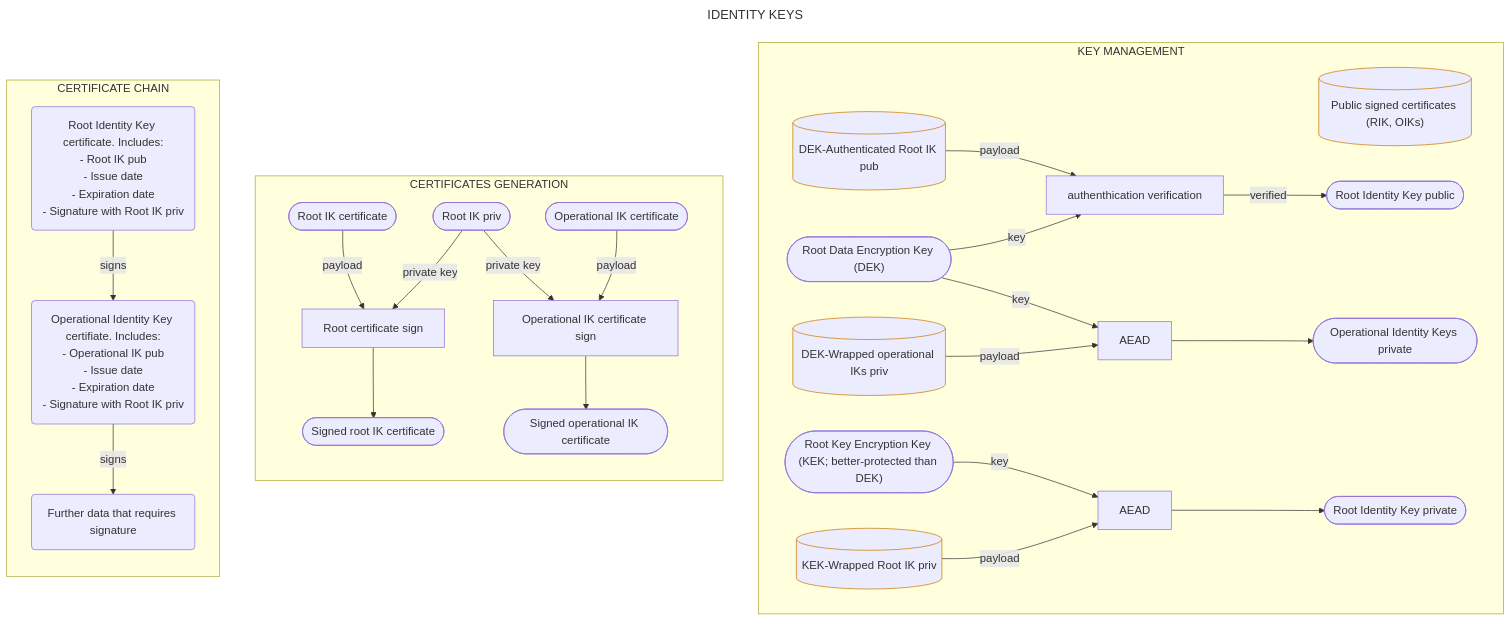
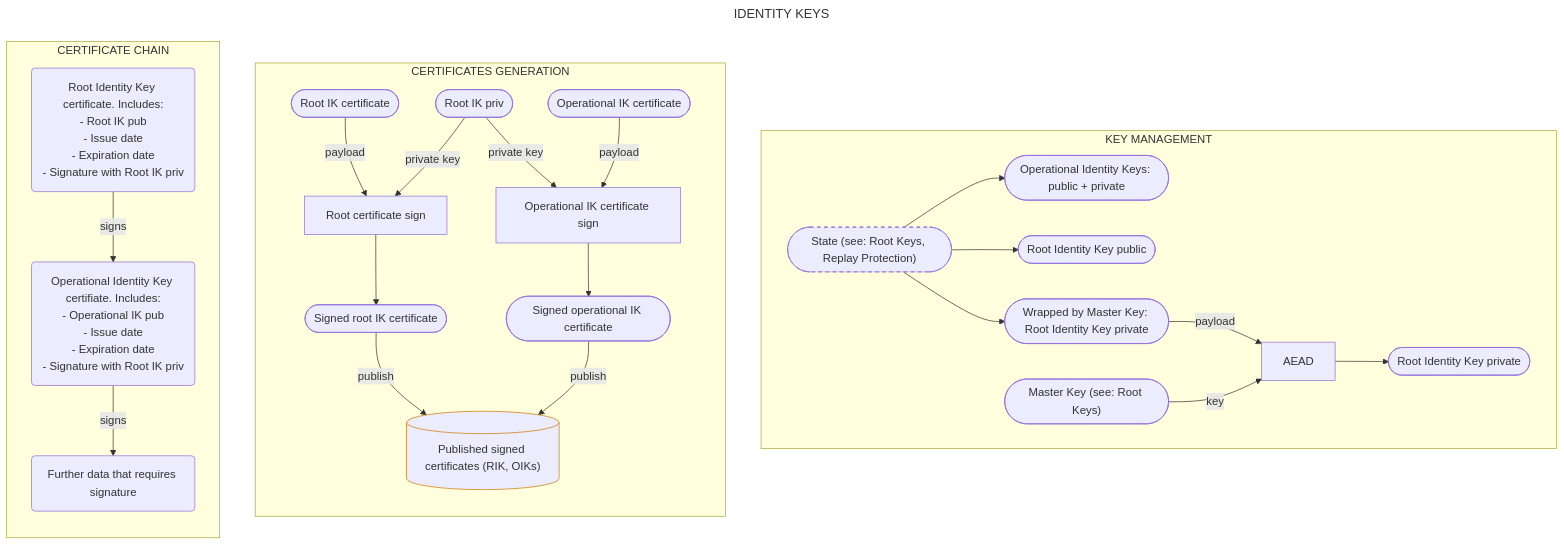
One commit to noIdeaForTheUsername/chat changed the diagram in crypto-protocol/identity-keys.mmd. Above: the diagram before and after it, drawn with Mermaid. The commit also changed 3 other files, not shown here.

Commit message:
diagrams changes: better replay protection

```diff
--- a/crypto-protocol/identity-keys.mmd
+++ b/crypto-protocol/identity-keys.mmd
@@ -1,69 +1,62 @@
 ---
 title: IDENTITY KEYS
 ---
 %% Made in Mermaid (https://mermaid.live)
 %% ORANGE border means server-side storage and WHITE border means client-only access (the diagrams broke when they were split into 2 subgraphs)
 
 flowchart TB
 
   subgraph "KEY MANAGEMENT"
     classDef serverStored stroke:#C70
-
-    %% Server
-    publicCertificates[("Public signed certificates (RIK, OIKs)")]
-    authedRootIkPub[("DEK-Authenticated Root IK pub")] -->|payload| rootIkPubAuth
-    class publicCertificates,authedRootIkPub serverStored
+    classDef dashed stroke-dasharray: 5 5
 
     %% Client
-    dek(["Root Data Encryption Key (DEK)"])
-    kek(["Root Key Encryption Key (KEK; better-protected than DEK)"])
-
-    dek -->|key| rootIkPubAuth["authenthication verification"]
-    dek -->|key| oiksPrivAead["AEAD"]
-    kek -->|key| rootIkPrivAead["AEAD"]
-
-    rootIkPubAuth -->|verified| rootIkPub(["Root Identity Key public"])
-    oiksPrivAead --> oiksPriv(["Operational Identity Keys private"])
+    state(["State (see: Root Keys, Replay Protection)"]) --> oiksPriv(["Operational Identity Keys: public + private"])
+    class state dashed
+    state --> rootIkPub(["Root Identity Key public"])
+    state --> wrappedRootIkPriv(["Wrapped by Master Key: Root Identity Key private"])
+    wrappedRootIkPriv -->|payload| rootIkPrivAead["AEAD"]
+    masterKey(["Master Key (see: Root Keys)"]) -->|key| rootIkPrivAead["AEAD"]
     rootIkPrivAead --> rootIkPriv2(["Root Identity Key private"])
-
-    %% Server
-    wrappedRootIkPriv[("KEK-Wrapped Root IK priv")] -->|payload| rootIkPrivAead
-    wrappedOiksPriv[("DEK-Wrapped operational IKs priv")] -->|payload| oiksPrivAead
-    class wrappedRootIkPriv,wrappedOiksPriv serverStored
   end
 
 
   subgraph "CERTIFICATES GENERATION"
     direction TB
     %% Root certificate
     rootCert(["Root IK certificate"])
       -->|payload| rootCertSign["Root certificate sign"]
     rootIkPriv(["Root IK priv"]) -->|private key| rootCertSign
     rootCertSign --> signedRootCert(["Signed root IK certificate"])
 
     %% Operational keys
     rootIkPriv -->|private key| oikSign["Operational IK certificate sign"]
     oikCert(["Operational IK certificate"]) -->|payload| oikSign
     oikSign --> signedOikCert(["Signed operational IK certificate"])
+
+    %% Publishment on the server
+    signedRootCert -->|publish| publishedCertificates[("Published signed certificates (RIK, OIKs)")]
+    signedOikCert -->|publish| publishedCertificates
+    class publishedCertificates serverStored
   end
 
 
   subgraph "CERTIFICATE CHAIN"
     direction TB
 
     rootCertOverview("`
       Root Identity Key certificate. Includes:
       - Root IK pub
       - Issue date
       - Expiration date
       - Signature with Root IK priv`")
     
     rootCertOverview -->|signs| operationalCertOverview("`
     Operational Identity Key certifiate. Includes:
     - Operational IK pub
     - Issue date
     - Expiration date
     - Signature with Root IK priv`")
 
     operationalCertOverview -->|signs| signedData("Further data that requires signature")
   end
```
